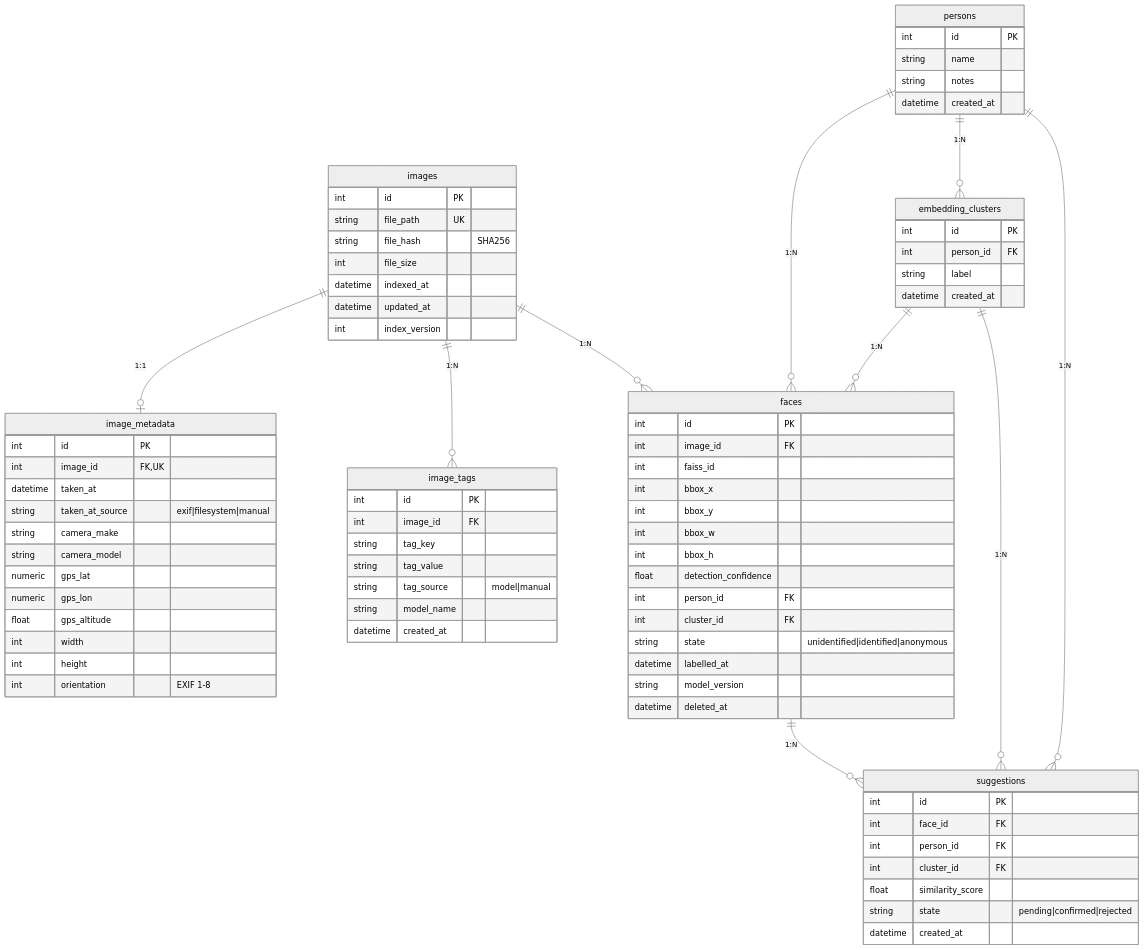
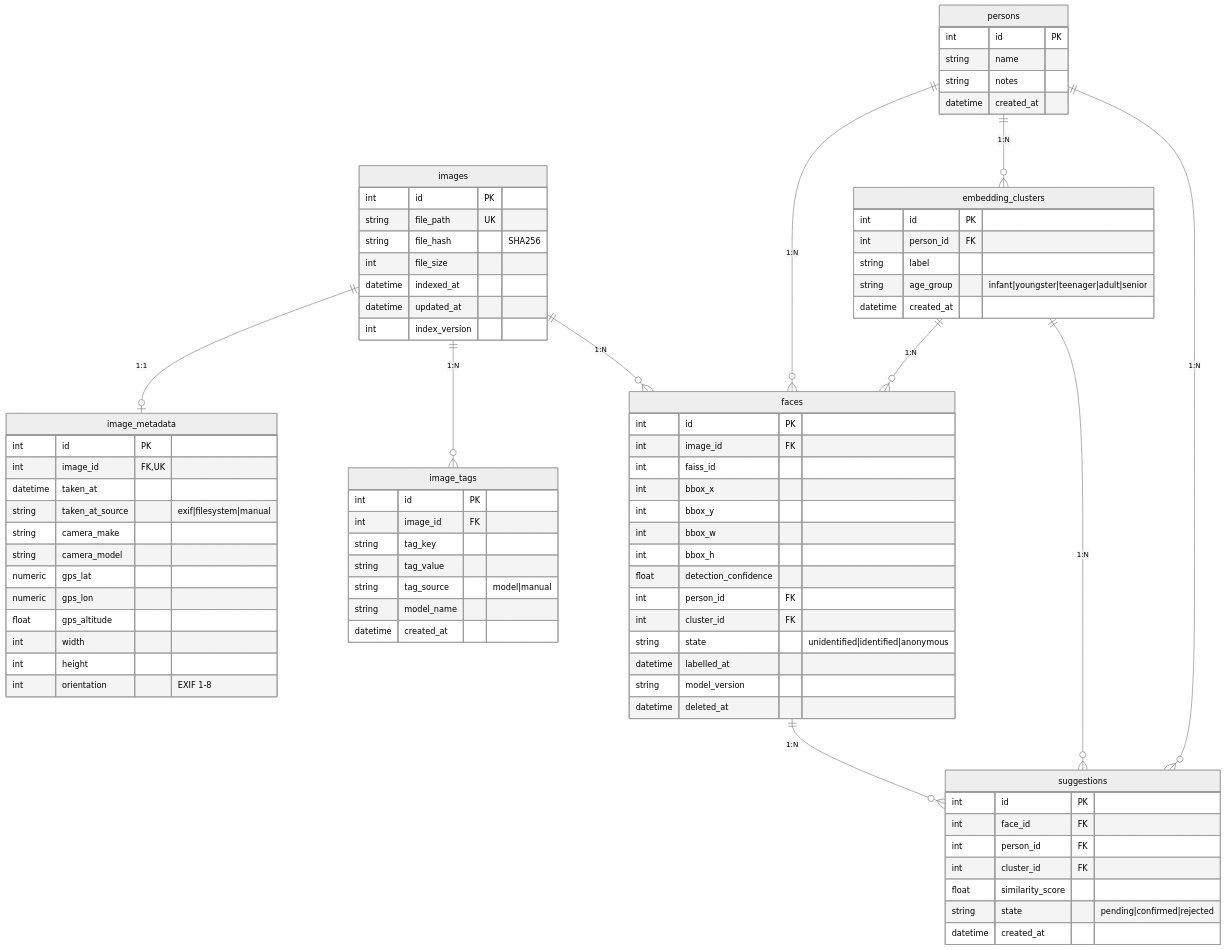
One commit to steinsag/photoaident changed the diagram in CLAUDE.md. Above: the diagram before and after it, drawn with Mermaid (neutral theme). The commit also changed other lines of this file and 9 other files, not shown here.

```diff
--- a/CLAUDE.md
+++ b/CLAUDE.md
@@ -322,6 +336,7 @@
         int id PK
         int person_id FK
         string label
+        string age_group "infant|youngster|teenager|adult|senior"
         datetime created_at
     }
 
```
